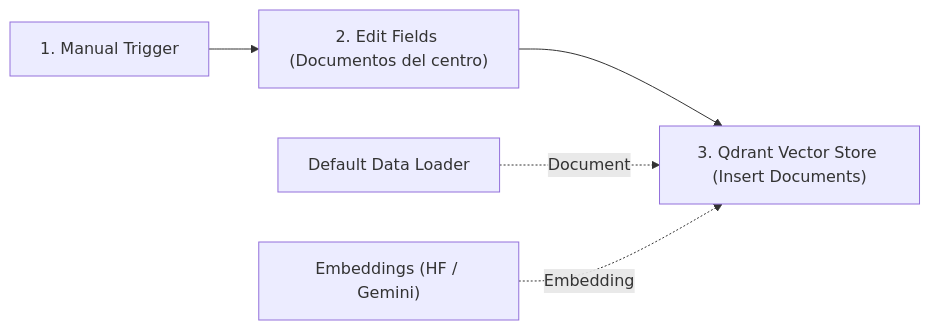
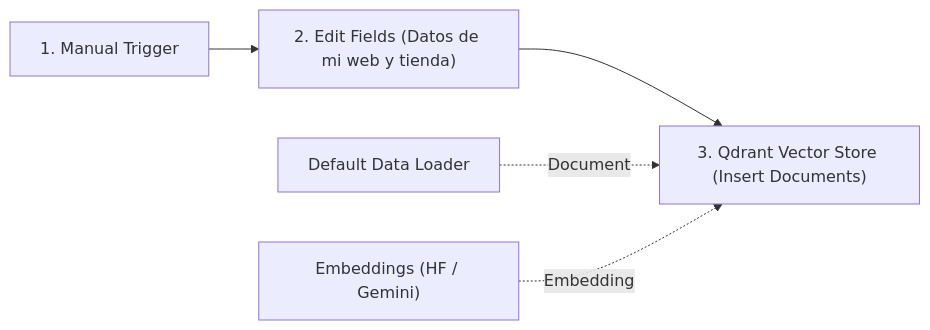
One commit to Dellos7/informatica-eso-bat changed the diagram in asignaturas/psirii/docker/actividad2/index.md. Above: the diagram before and after it, drawn with Mermaid. The commit also changed other lines of this file and 3 other files, not shown here.

````diff
--- a/asignaturas/psirii/docker/actividad2/index.md
+++ b/asignaturas/psirii/docker/actividad2/index.md
@@ -271,7 +271,7 @@
 ```mermaid
 graph LR
-    M["1. Manual Trigger"] --> D["2. Edit Fields (Documentos del centro)"]
+    M["1. Manual Trigger"] --> D["2. Edit Fields (Datos de mi web y tienda)"]
     D --> Q["3. Qdrant Vector Store (Insert Documents)"]
     L["Default Data Loader"] -. "Document" .-> Q
     E["Embeddings (HF / Gemini)"] -. "Embedding" .-> Q
 ```
````
